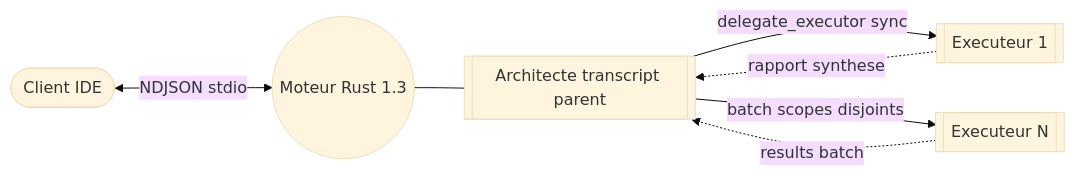
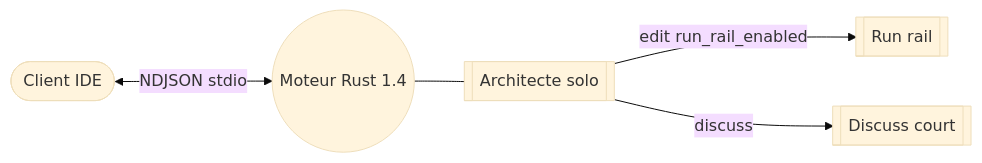
One commit to DroxKiwi/Drox---IDE changed the fifth of 7 diagrams in README.md. Above: the diagram before and after it, drawn with Mermaid (base theme). The commit also changed other lines of this file and 26 other files, not shown here.

````diff
--- a/README.md
+++ b/README.md
@@ -71,15 +183,13 @@
 ```mermaid
 flowchart LR
   IDE(["Client IDE"])
-  MOT(("Moteur Rust 1.3"))
-  ARC[["Architecte transcript parent"]]
-  EXE1[["Executeur 1"]]
-  EXE2[["Executeur N"]]
+  MOT(("Moteur Rust 1.4"))
+  ARC[["Architecte solo"]]
+  RAIL[["Run rail"]]
+  DISC[["Discuss court"]]
 
   IDE <-->|NDJSON stdio| MOT
   MOT --- ARC
-  ARC -->|delegate_executor sync| EXE1
-  ARC -->|batch scopes disjoints| EXE2
-  EXE1 -.->|rapport synthese| ARC
-  EXE2 -.->|results batch| ARC
+  ARC -->|edit run_rail_enabled| RAIL
+  ARC -->|discuss| DISC
 ```
````
